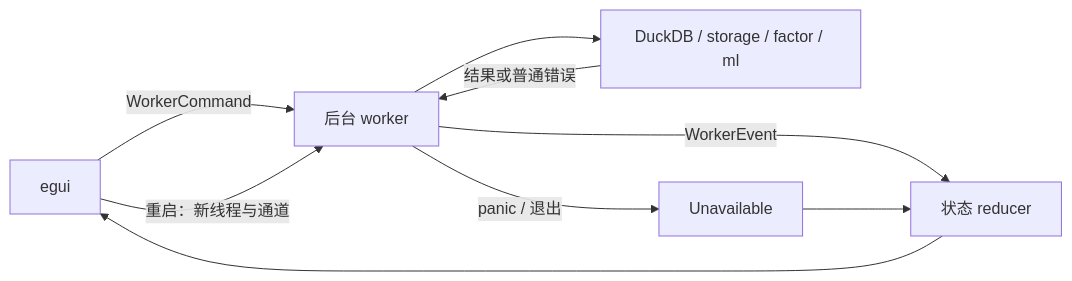
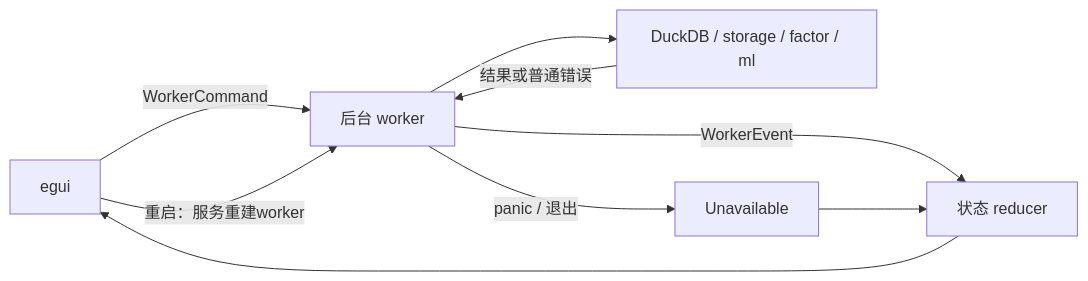
Before and after one commit to Dennishaha/JFQuant: the first of 2 diagrams in crates/app/README.md, drawn with Mermaid. The commit also changed other lines of this file and 25 other files, not shown here.

Commit message:
docs: document every crate directory with verified Mermaid flows

````diff
--- a/crates/app/README.md
+++ b/crates/app/README.md
@@ -80,11 +82,11 @@
 ```mermaid
 flowchart LR
     UI[egui] -->|WorkerCommand| W[后台 worker]
     W --> N[DuckDB / storage / factor / ml]
     N -->|结果或普通错误| W
     W -->|WorkerEvent| R[状态 reducer]
     R --> UI
     W -->|panic / 退出| U[Unavailable]
     U --> R
-    UI -->|重启：新线程与通道| W
+    UI -->|重启：服务重建worker| W
 ```
````
